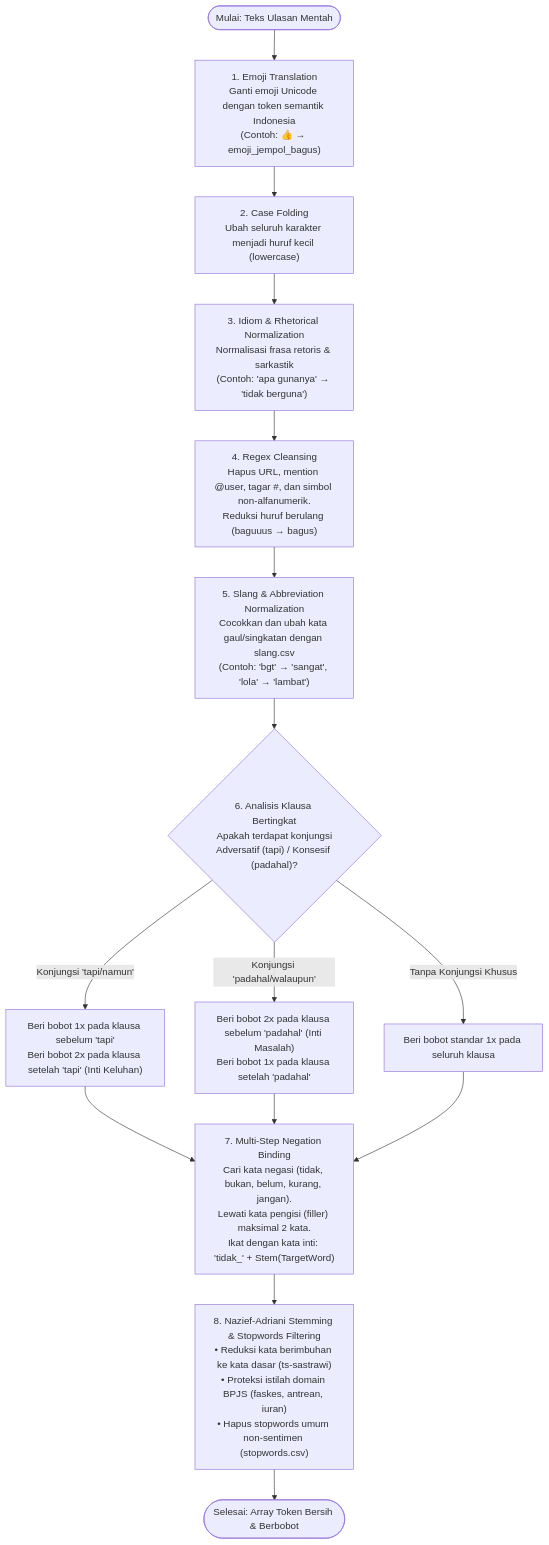
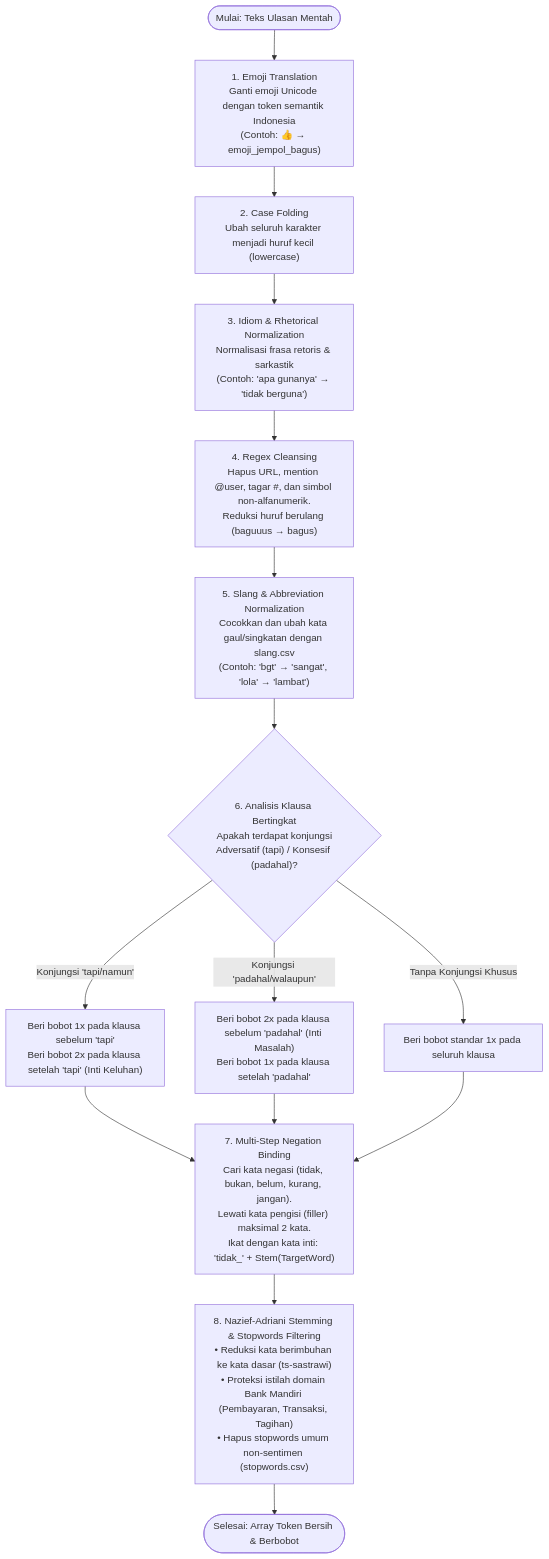
One commit to presidendjakarta/Binus-s2-Business-Intelligence-and-Analytics-TK changed the second of 6 diagrams in docs/03_flowchart_dan_arsitektur.md. Above: the diagram before and after it, drawn with Mermaid. The commit also changed other lines of this file and 57 other files, not shown here.

````diff
--- a/docs/03_flowchart_dan_arsitektur.md
+++ b/docs/03_flowchart_dan_arsitektur.md
@@ -76,22 +76,22 @@
 ```mermaid
 flowchart TD
     Start([Mulai: Teks Ulasan Mentah]) --> Step1["1. Emoji Translation<br>Ganti emoji Unicode dengan token semantik Indonesia<br>(Contoh: 👍 → emoji_jempol_bagus)"]
     Step1 --> Step2["2. Case Folding<br>Ubah seluruh karakter menjadi huruf kecil (lowercase)"]
     Step2 --> Step3["3. Idiom & Rhetorical Normalization<br>Normalisasi frasa retoris & sarkastik<br>(Contoh: 'apa gunanya' → 'tidak berguna')"]
     Step3 --> Step4["4. Regex Cleansing<br>Hapus URL, mention @user, tagar #, dan simbol non-alfanumerik.<br>Reduksi huruf berulang (baguuus → bagus)"]
     Step4 --> Step5["5. Slang & Abbreviation Normalization<br>Cocokkan dan ubah kata gaul/singkatan dengan slang.csv<br>(Contoh: 'bgt' → 'sangat', 'lola' → 'lambat')"]
     
     Step5 --> Step6{"6. Analisis Klausa Bertingkat<br>Apakah terdapat konjungsi<br>Adversatif (tapi) / Konsesif (padahal)?"}
     
     Step6 -->|"Konjungsi 'tapi/namun'"| Step6A["Beri bobot 1x pada klausa sebelum 'tapi'<br>Beri bobot 2x pada klausa setelah 'tapi' (Inti Keluhan)"]
     Step6 -->|"Konjungsi 'padahal/walaupun'"| Step6B["Beri bobot 2x pada klausa sebelum 'padahal' (Inti Masalah)<br>Beri bobot 1x pada klausa setelah 'padahal'"]
     Step6 -->|"Tanpa Konjungsi Khusus"| Step6C["Beri bobot standar 1x pada seluruh klausa"]
 
     Step6A --> Step7["7. Multi-Step Negation Binding<br>Cari kata negasi (tidak, bukan, belum, kurang, jangan).<br>Lewati kata pengisi (filler) maksimal 2 kata.<br>Ikat dengan kata inti: 'tidak_' + Stem(TargetWord)"]
     Step6B --> Step7
     Step6C --> Step7
 
-    Step7 --> Step8["8. Nazief-Adriani Stemming & Stopwords Filtering<br>• Reduksi kata berimbuhan ke kata dasar (ts-sastrawi)<br>• Proteksi istilah domain BPJS (faskes, antrean, iuran)<br>• Hapus stopwords umum non-sentimen (stopwords.csv)"]
+    Step7 --> Step8["8. Nazief-Adriani Stemming & Stopwords Filtering<br>• Reduksi kata berimbuhan ke kata dasar (ts-sastrawi)<br>• Proteksi istilah domain Bank Mandiri (Pembayaran, Transaksi, Tagihan)<br>• Hapus stopwords umum non-sentimen (stopwords.csv)"]
 
     Step8 --> End([Selesai: Array Token Bersih & Berbobot])
 ```
````
